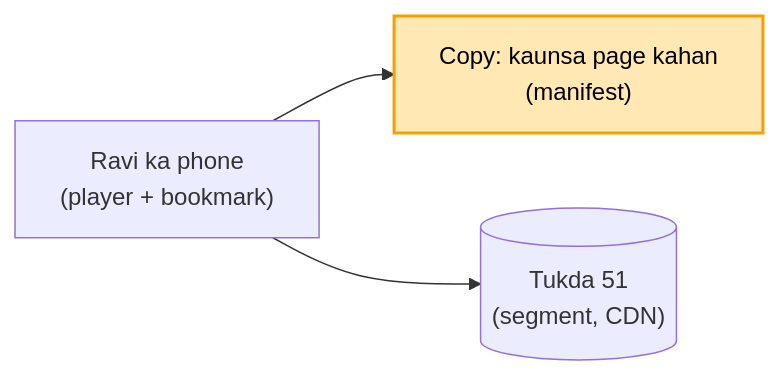
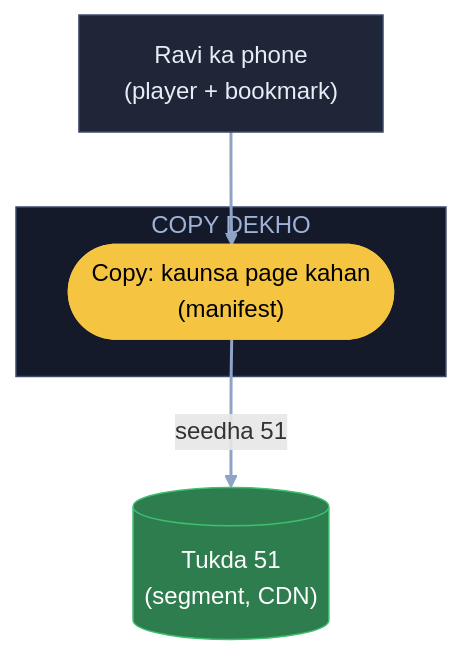
One commit to ArpanMaheshwari144/Prep changed diagram 14 of 15 in 04_HLD/SYSTEM_DESIGNS/03_twitter_feed/03_twitter_feed.md. Above: the diagram before and after it, drawn with Mermaid. The commit also changed other lines of this file, not shown here.

Commit message:
Twitter: 15 diagram YouTube (reel) wale card andaaz me

````diff
--- a/04_HLD/SYSTEM_DESIGNS/03_twitter_feed/03_twitter_feed.md
+++ b/04_HLD/SYSTEM_DESIGNS/03_twitter_feed/03_twitter_feed.md
@@ -319,6 +466,16 @@
 ```mermaid
-flowchart LR
-    P["Ravi ka phone<br/>(player + bookmark)"] --> M["Copy: kaunsa page kahan<br/>(manifest)"]
-    P --> T[("Tukda 51<br/>(segment, CDN)")]
-    style M fill:#ffe8b3,stroke:#f59f00,stroke-width:2px,color:#000
+flowchart TB
+    P["Ravi ka phone<br/>(player + bookmark)"]:::card
+    subgraph CP["COPY DEKHO"]
+        M(["Copy: kaunsa page kahan<br/>(manifest)"]):::pill
+    end
+    T[("Tukda 51<br/>(segment, CDN)")]:::good
+    P --> M
+    M -- "seedha 51" --> T
+    linkStyle default stroke:#8fa3c7,stroke-width:2px
+    classDef card fill:#1e2638,stroke:#3a4a6b,color:#e8ecf5
+    classDef pill fill:#f5c542,stroke:#f5c542,color:#000
+    classDef good fill:#2e7d4f,stroke:#3fbf6f,color:#fff
+    classDef bad fill:#5c1f24,stroke:#e05561,color:#fff
+    style CP fill:#141a29,stroke:#3a4a6b,color:#9fb3d9
 ```
````
